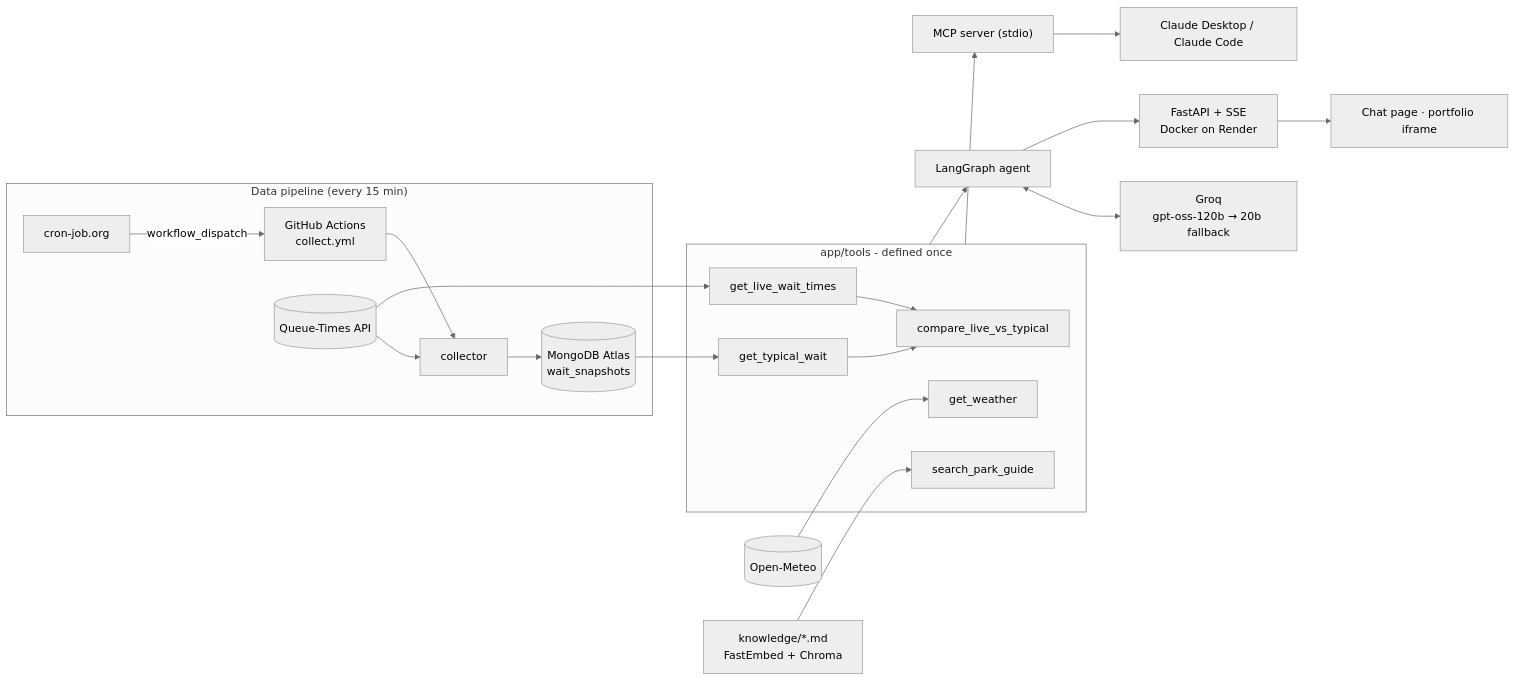
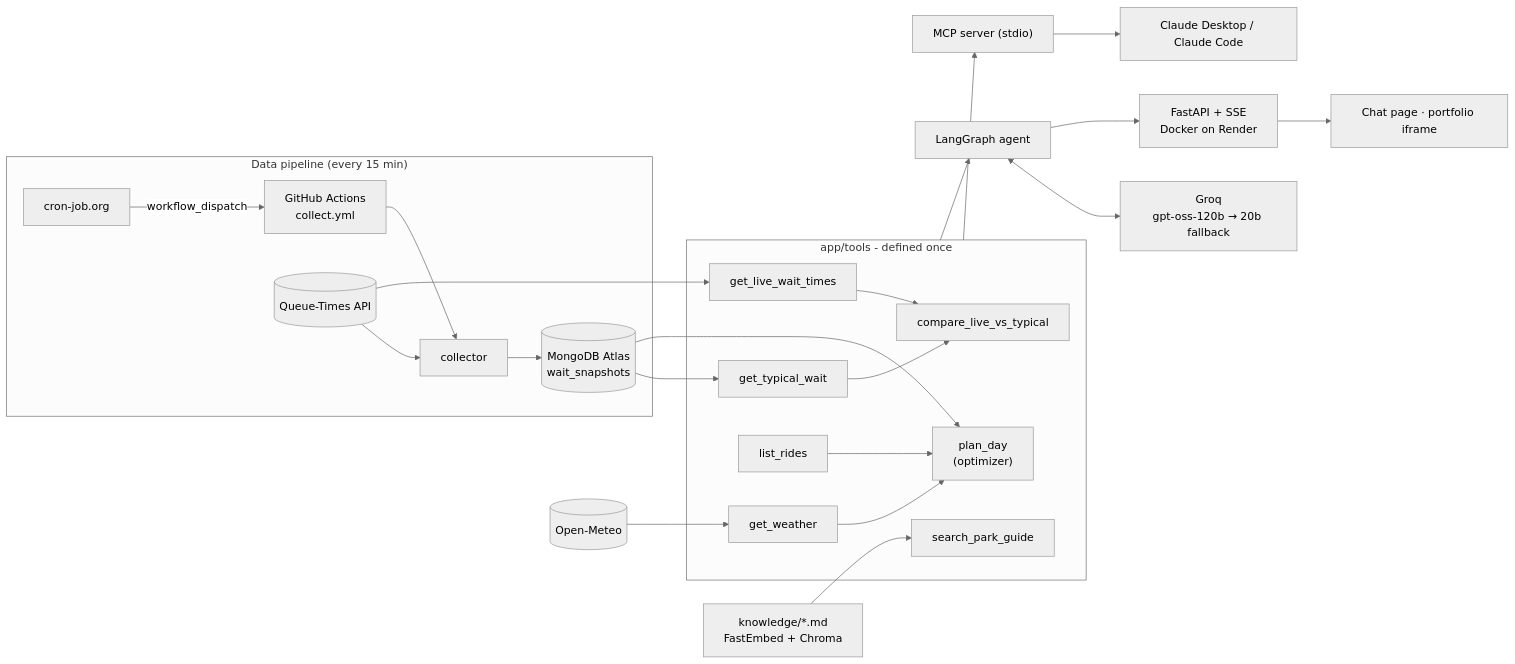
Before and after one commit to r3miphilippot/park-copilot: the first of 2 diagrams in README.md, drawn with Mermaid (neutral theme). The commit also changed other lines of this file and 16 other files, not shown here.

````diff
--- a/README.md
+++ b/README.md
@@ -34,30 +37,33 @@
 ```mermaid
 flowchart LR
   subgraph pipeline["Data pipeline (every 15 min)"]
     CRON["cron-job.org"] -->|"workflow_dispatch"| GHA["GitHub Actions<br/>collect.yml"]
     GHA --> COL["collector"]
     QT[("Queue-Times API")] --> COL
     COL --> DB[("MongoDB Atlas<br/>wait_snapshots")]
   end
 
   subgraph tools["app/tools - defined once"]
     T1["get_live_wait_times"]
     T2["get_typical_wait"]
     T3["compare_live_vs_typical"]
     T4["get_weather"]
     T5["search_park_guide"]
+    T6["list_rides"]
+    T7["plan_day<br/>(optimizer)"]
   end
 
   QT --> T1
   DB --> T2
   T1 & T2 --> T3
   OM[("Open-Meteo")] --> T4
   KB["knowledge/*.md<br/>FastEmbed + Chroma"] --> T5
+  DB & T4 & T6 --> T7
 
   tools --> AGENT["LangGraph agent"]
   tools --> MCP["MCP server (stdio)"]
   AGENT <--> LLM["Groq<br/>gpt-oss-120b → 20b fallback"]
   AGENT --> API["FastAPI + SSE<br/>Docker on Render"]
   API --> UI["Chat page · portfolio iframe"]
   MCP --> CLAUDE["Claude Desktop / Claude Code"]
 ```
````
